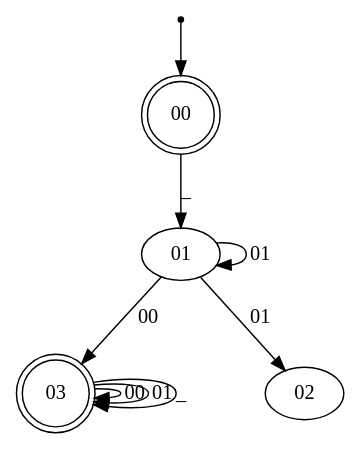
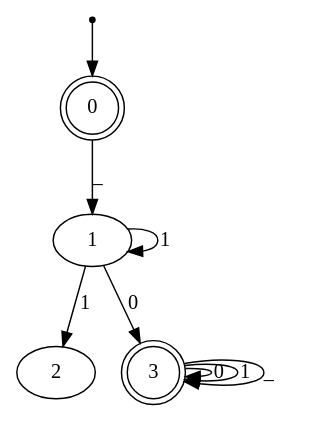
One commit to ValenButtignol/project-automata changed the diagram in output.dot. Above: the diagram before and after it, drawn with Graphviz. The commit also changed 17 other files, not shown here.

```diff
--- a/output.dot
+++ b/output.dot
@@ -1,13 +1,13 @@
 digraph{
 inic[shape=point];
-inic->00;
-00->01 [label="_"];
-01->03 [label="00"];
-01->02 [label="01"];
-01->01 [label="01"];
-03->03 [label="00"];
-03->03 [label="01"];
-03->03 [label="_"];
-00[shape=doublecircle];
-03[shape=doublecircle];
+inic->0;
+0->1[label="_"];
+1->1[label="1"];
+1->2[label="1"];
+1->3[label="0"];
+3->3[label="0"];
+3->3[label="1"];
+3->3[label="_"];
+0[shape=doublecircle];
+3[shape=doublecircle];
 }
```
